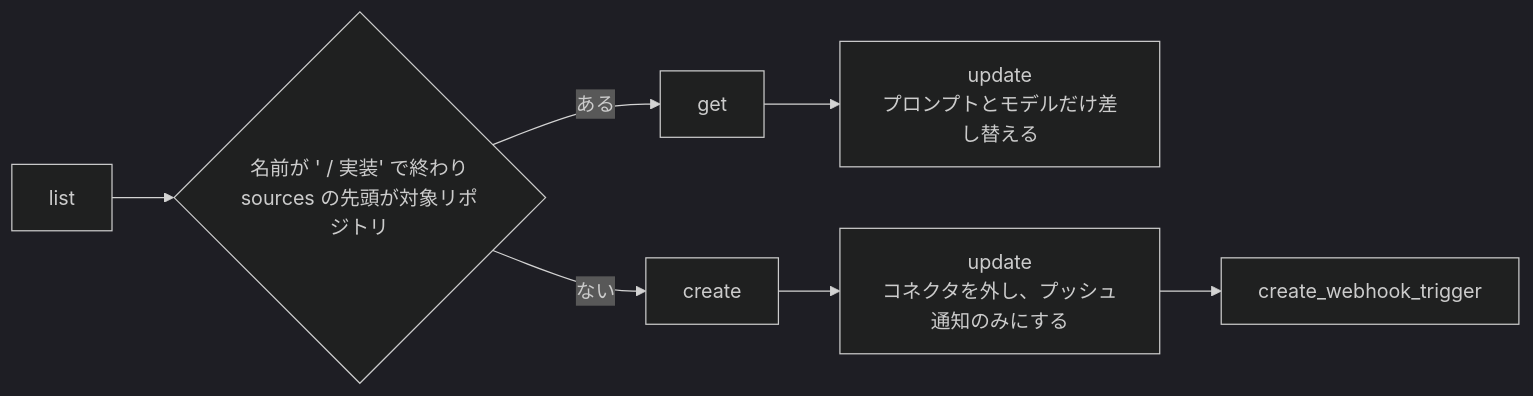
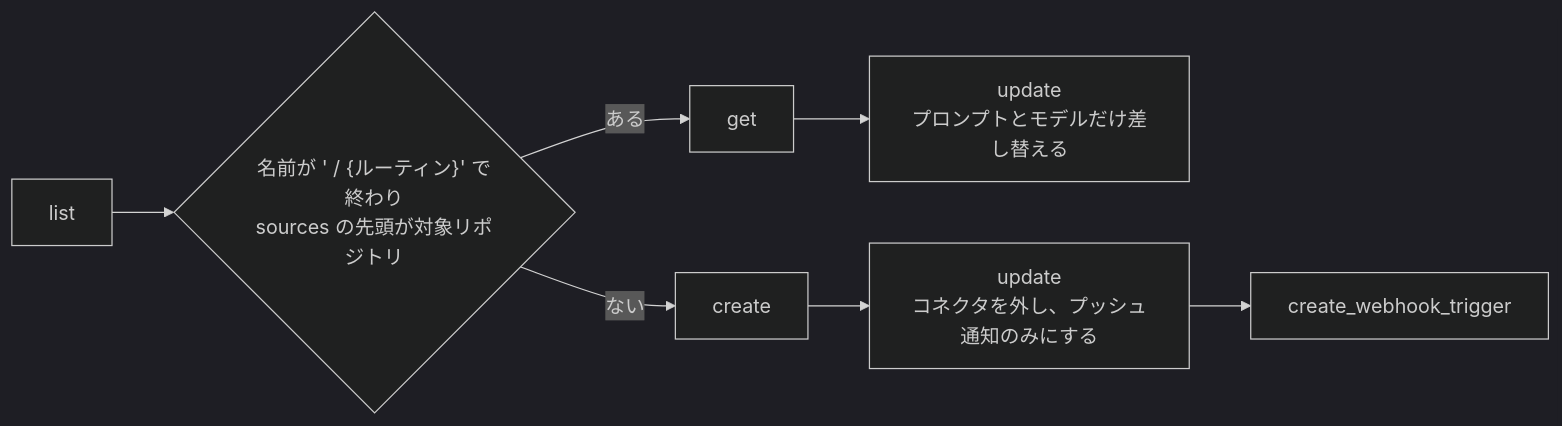
One commit to theindiehacker/fastship-plugin changed the diagram in plugins/dev/skills/setup/SKILL.md. Above: the diagram before and after it, drawn with Mermaid (dark theme). The commit also changed other lines of this file and 2 other files, not shown here.

````diff
--- a/plugins/dev/skills/setup/SKILL.md
+++ b/plugins/dev/skills/setup/SKILL.md
@@ -76,6 +89,6 @@
 ```mermaid
 flowchart LR
-    list["list"] --> exists{"名前が ' / 実装' で終わり<br/>sources の先頭が対象リポジトリ"}
+    list["list"] --> exists{"名前が ' / {ルーティン}' で終わり<br/>sources の先頭が対象リポジトリ"}
     exists -->|ある| get["get"] --> update["update<br/>プロンプトとモデルだけ差し替える"]
     exists -->|ない| create["create"] --> clear["update<br/>コネクタを外し、プッシュ通知のみにする"] --> trigger["create_webhook_trigger"]
 ```
````
